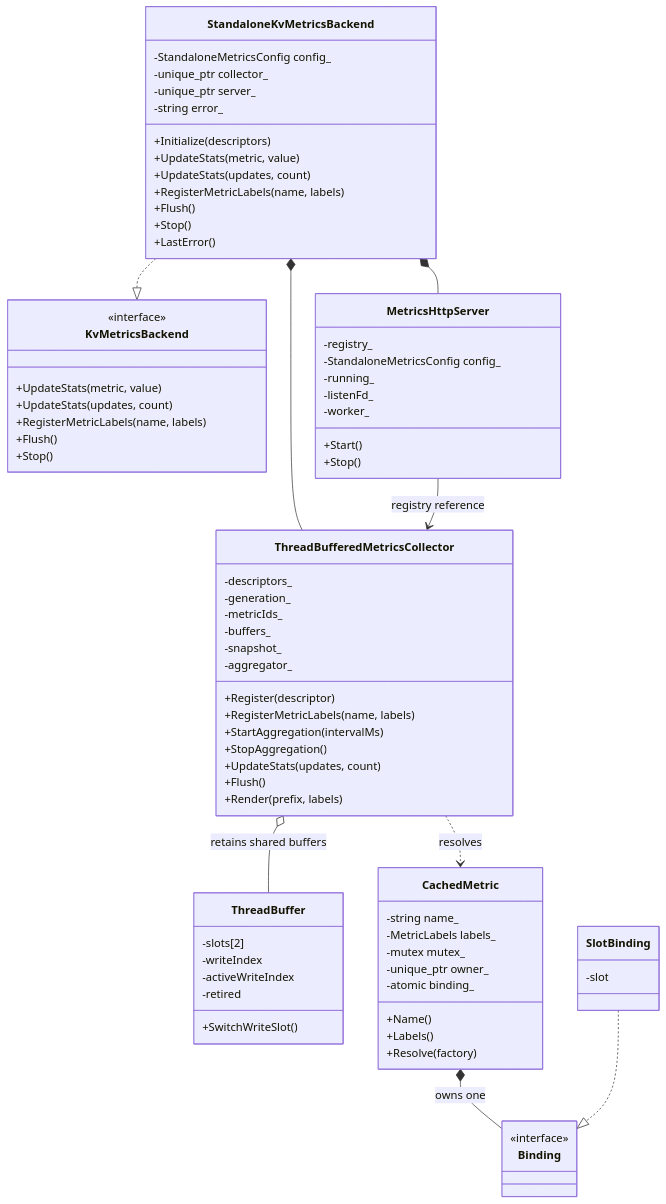
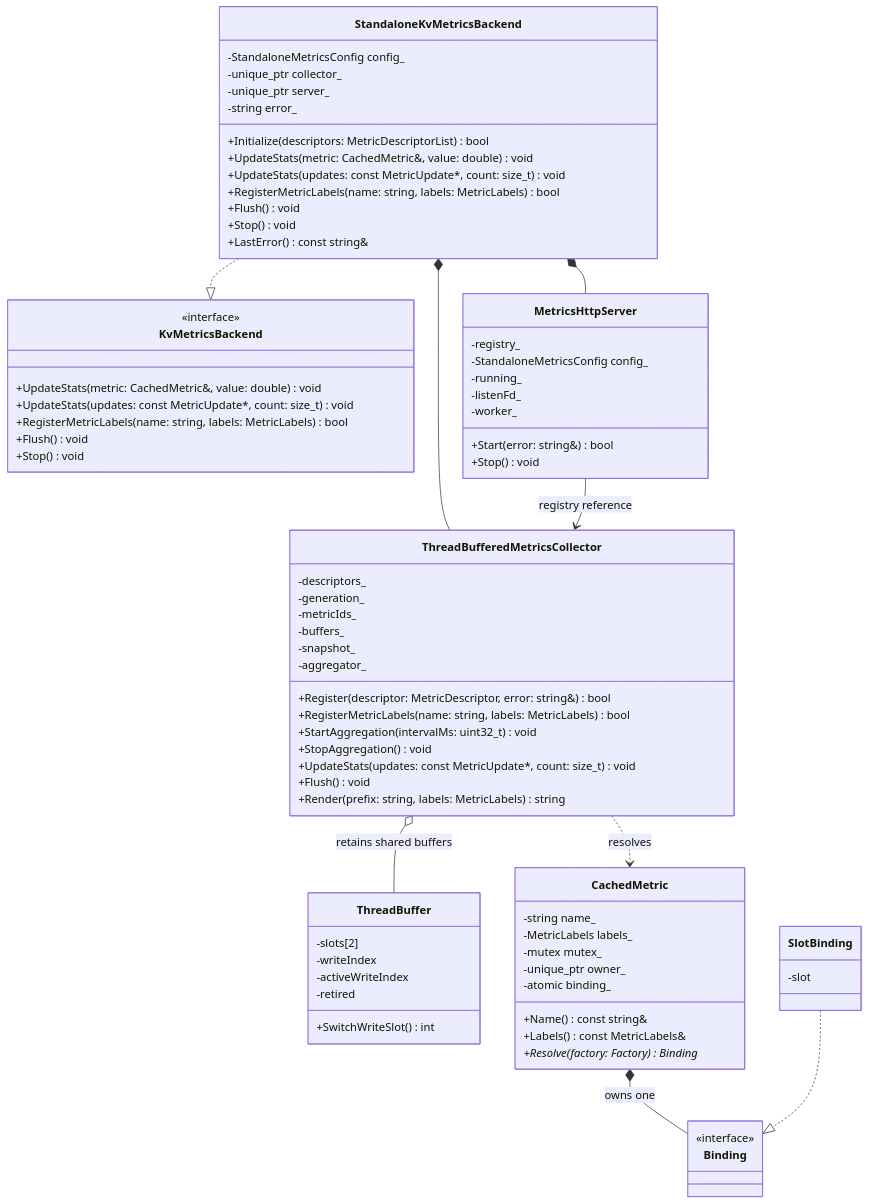
One commit to yuanzhg078/unified-cache-management changed the third of 11 diagrams in kv_semantics/metrics/docs/kv_metrics_facade_story_design.md. Above: the diagram before and after it, drawn with Mermaid. The commit also changed other lines of this file, not shown here.

Commit message:
update 1

````diff
--- a/kv_semantics/metrics/docs/kv_metrics_facade_story_design.md
+++ b/kv_semantics/metrics/docs/kv_metrics_facade_story_design.md
@@ -168,80 +168,80 @@
 ```mermaid
 classDiagram
     direction TB
     class KvMetricsBackend {
         <<interface>>
-        +UpdateStats(metric, value)
-        +UpdateStats(updates, count)
-        +RegisterMetricLabels(name, labels)
-        +Flush()
-        +Stop()
+        +UpdateStats(metric: CachedMetric&, value: double) void
+        +UpdateStats(updates: const MetricUpdate*, count: size_t) void
+        +RegisterMetricLabels(name: string, labels: MetricLabels) bool
+        +Flush() void
+        +Stop() void
     }
     class StandaloneKvMetricsBackend {
         -StandaloneMetricsConfig config_
         -unique_ptr collector_
         -unique_ptr server_
         -string error_
-        +Initialize(descriptors)
-        +UpdateStats(metric, value)
-        +UpdateStats(updates, count)
-        +RegisterMetricLabels(name, labels)
-        +Flush()
-        +Stop()
-        +LastError()
+        +Initialize(descriptors: MetricDescriptorList) bool
+        +UpdateStats(metric: CachedMetric&, value: double) void
+        +UpdateStats(updates: const MetricUpdate*, count: size_t) void
+        +RegisterMetricLabels(name: string, labels: MetricLabels) bool
+        +Flush() void
+        +Stop() void
+        +LastError() const string&
     }
     class ThreadBufferedMetricsCollector {
         -descriptors_
         -generation_
         -metricIds_
         -buffers_
         -snapshot_
         -aggregator_
-        +Register(descriptor)
-        +RegisterMetricLabels(name, labels)
-        +StartAggregation(intervalMs)
-        +StopAggregation()
-        +UpdateStats(updates, count)
-        +Flush()
-        +Render(prefix, labels)
+        +Register(descriptor: MetricDescriptor, error: string&) bool
+        +RegisterMetricLabels(name: string, labels: MetricLabels) bool
+        +StartAggregation(intervalMs: uint32_t) void
+        +StopAggregation() void
+        +UpdateStats(updates: const MetricUpdate*, count: size_t) void
+        +Flush() void
+        +Render(prefix: string, labels: MetricLabels) string
     }
     class ThreadBuffer {
         -slots[2]
         -writeIndex
         -activeWriteIndex
         -retired
-        +SwitchWriteSlot()
+        +SwitchWriteSlot() int
     }
     class MetricsHttpServer {
         -registry_
         -StandaloneMetricsConfig config_
         -running_
         -listenFd_
         -worker_
-        +Start()
-        +Stop()
+        +Start(error: string&) bool
+        +Stop() void
     }
     class CachedMetric {
         -string name_
         -MetricLabels labels_
         -mutex mutex_
         -unique_ptr owner_
         -atomic binding_
-        +Name()
-        +Labels()
-        +Resolve(factory)
+        +Name() const string&
+        +Labels() const MetricLabels&
+        +Resolve(factory: Factory) Binding*
     }
     class Binding {
         <<interface>>
     }
     class SlotBinding {
         -slot
     }
     StandaloneKvMetricsBackend ..|> KvMetricsBackend
     StandaloneKvMetricsBackend *-- ThreadBufferedMetricsCollector
     StandaloneKvMetricsBackend *-- MetricsHttpServer
     ThreadBufferedMetricsCollector o-- ThreadBuffer : retains shared buffers
     MetricsHttpServer --> ThreadBufferedMetricsCollector : registry reference
     ThreadBufferedMetricsCollector ..> CachedMetric : resolves
     CachedMetric *-- Binding : owns one
     SlotBinding ..|> Binding
 ```
````
